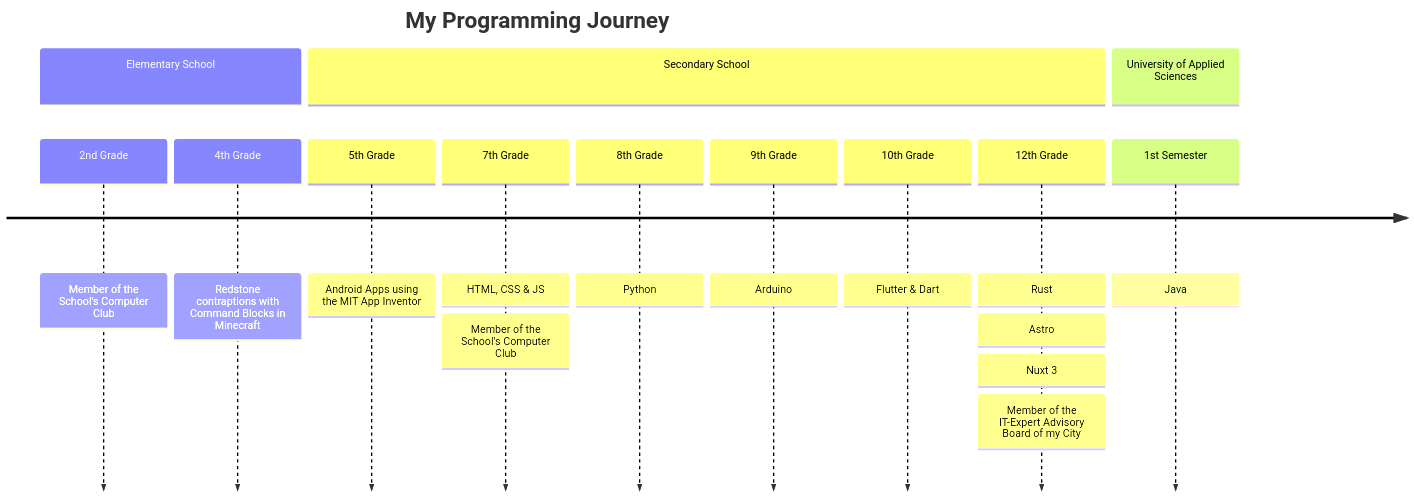
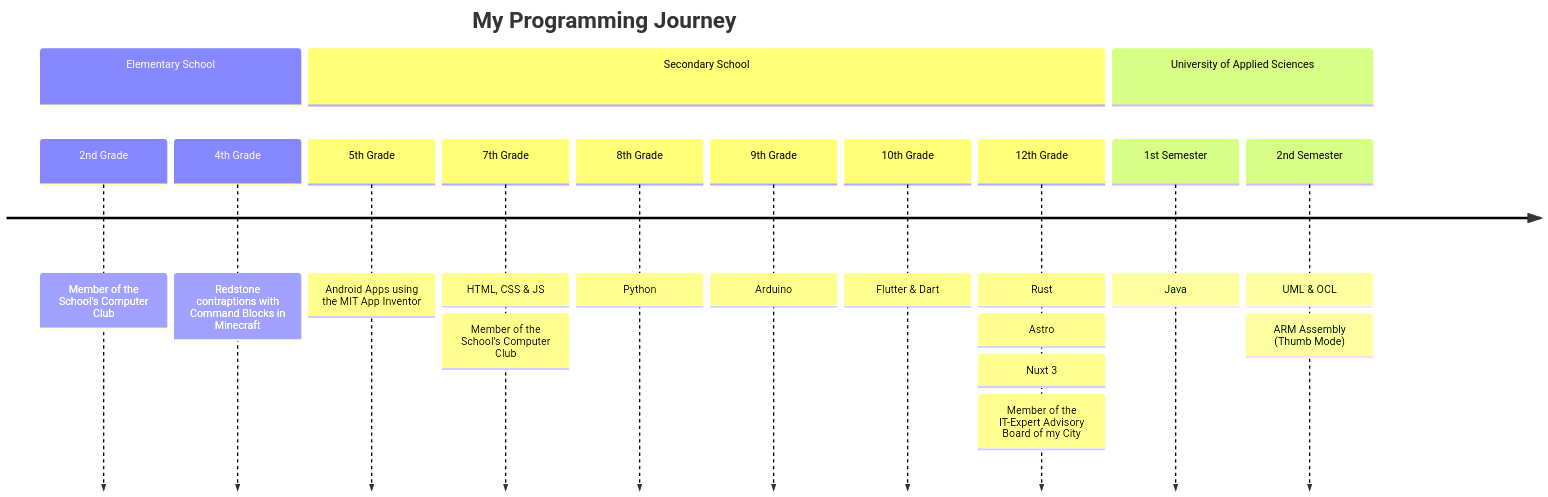
One commit to AstragoDE/AstragoDE changed the diagram in README.md. Above: the diagram before and after it, drawn with Mermaid.

````diff
--- a/README.md
+++ b/README.md
@@ -50,23 +50,25 @@
 ```mermaid
 timeline
     title My Programming Journey
 
     section Elementary School
         2nd Grade   : Member of the School's Computer Club
         4th Grade   : Redstone contraptions with Command Blocks in Minecraft
 
     section Secondary School
         5th Grade   : Android Apps using the MIT App Inventor
         7th Grade   : HTML, CSS & JS
                     : Member of the School's Computer Club
         8th Grade   : Python
         9th Grade   : Arduino
         10th Grade  : Flutter & Dart
         12th Grade  : Rust
                     : Astro
                     : Nuxt 3
                     : Member of the IT-Expert Advisory Board of my City
 
     section University of Applied Sciences
         1st Semester: Java
+        2nd Semester: UML & OCL
+                    : ARM Assembly (Thumb Mode)
 ```
````
